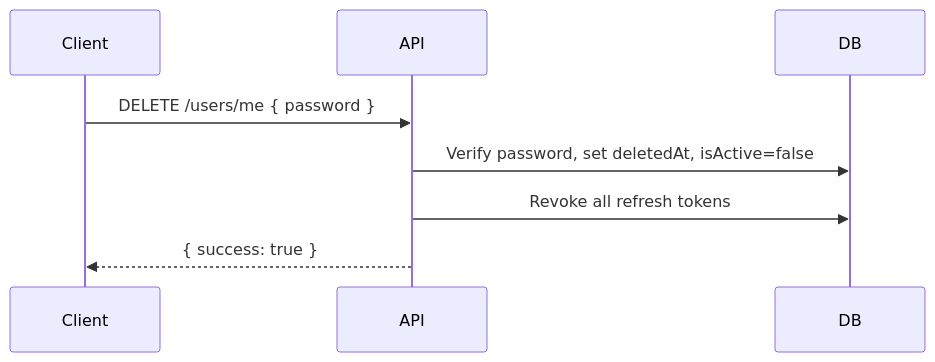
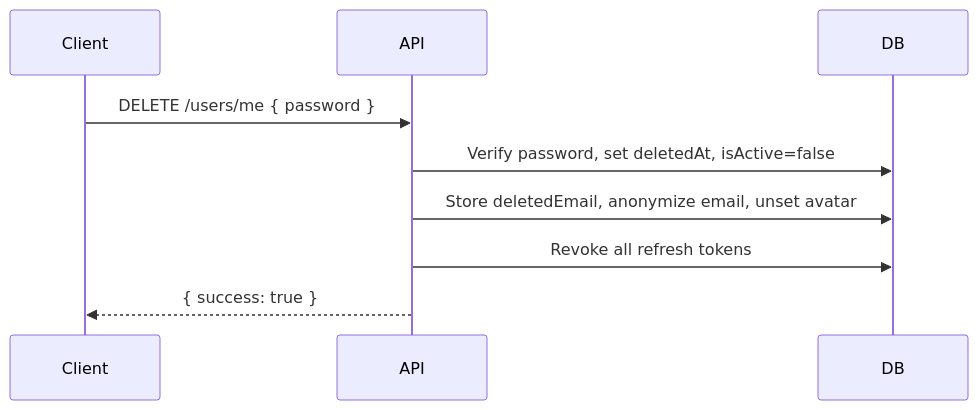
Before and after one commit to spity7/buytly: the second of 6 diagrams in server/docs/auth-flow.md, drawn with Mermaid. The commit also changed other lines of this file and 91 other files, not shown here.

````diff
--- a/server/docs/auth-flow.md
+++ b/server/docs/auth-flow.md
@@ -52,11 +52,12 @@
 ```mermaid
 sequenceDiagram
   participant Client
   participant API
   participant DB
 
   Client->>API: DELETE /users/me { password }
   API->>DB: Verify password, set deletedAt, isActive=false
+  API->>DB: Store deletedEmail, anonymize email, unset avatar
   API->>DB: Revoke all refresh tokens
   API-->>Client: { success: true }
 ```
````
